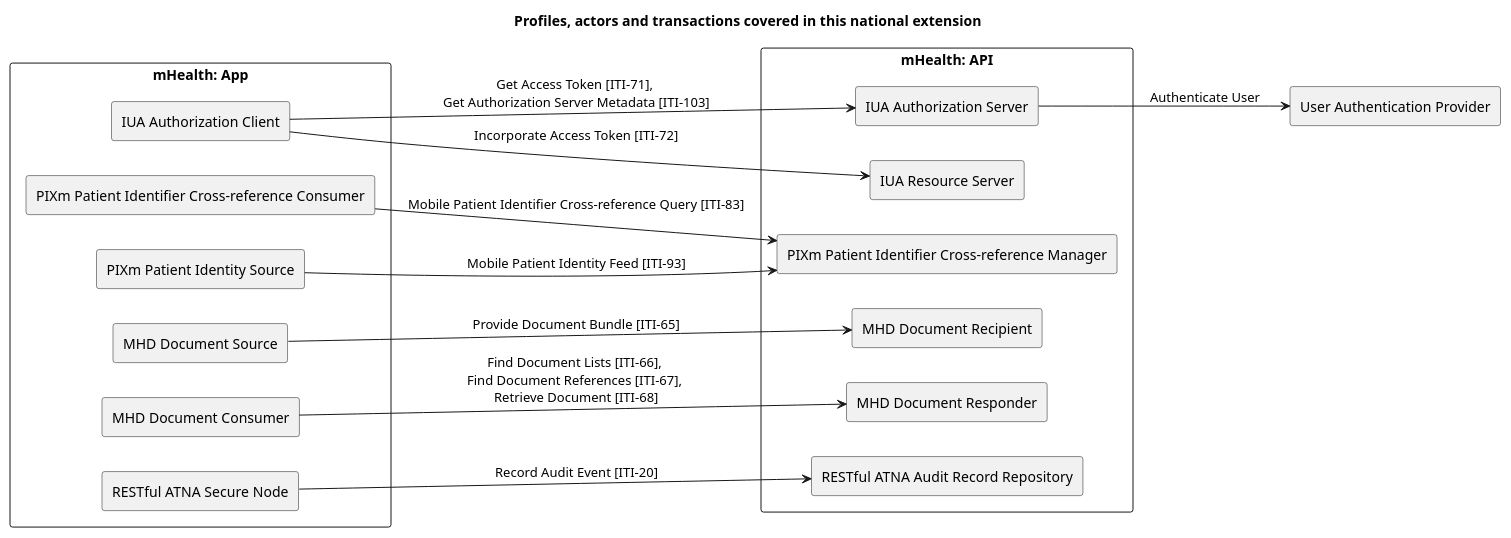
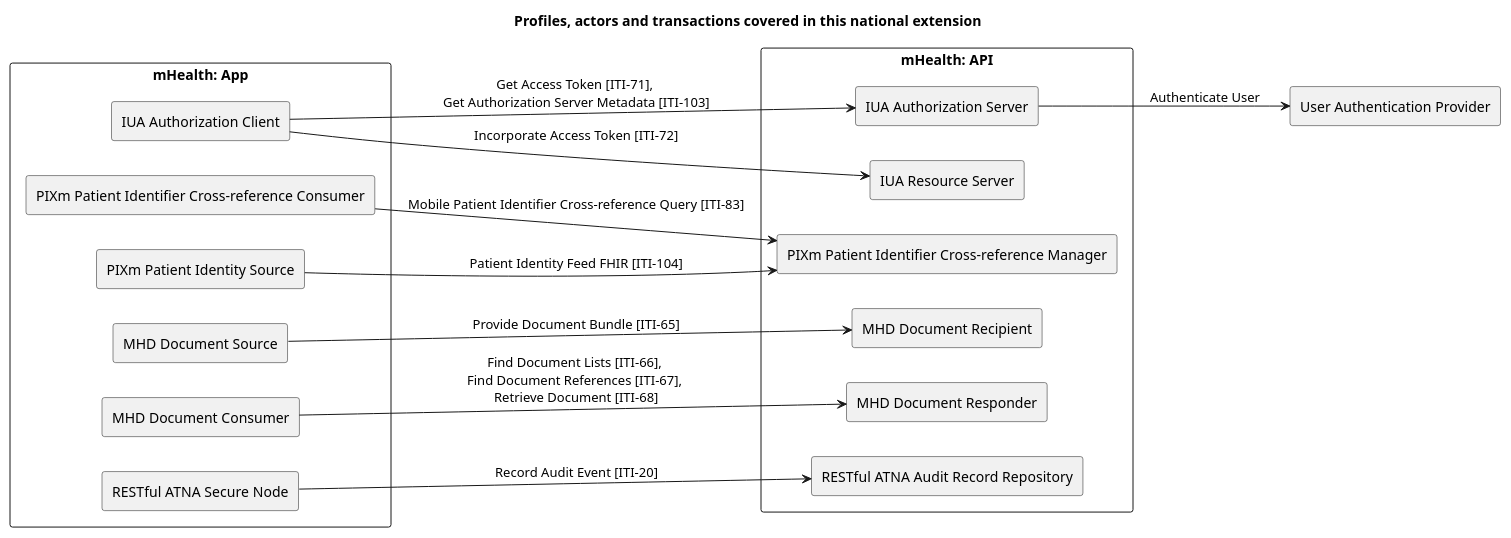
Before and after one commit to ehealthsuisse/ch-epr-fhir: the diagram in input/images-source/overview.plantuml, drawn with PlantUML. The commit also changed 31 other files, not shown here.

```diff
--- a/input/images-source/overview.plantuml
+++ b/input/images-source/overview.plantuml
@@ -1,45 +1,45 @@
 @startuml
 
 title **Profiles, actors and transactions covered in this national extension**
 
 skinparam componentStyle rectangle
 skinparam svgDimensionStyle false
 
 left to right direction
 
 component "mHealth: App" {
   [IUA Authorization Client] as IUAClient
 
   [PIXm Patient Identifier Cross-reference Consumer] as PIXmConsumer
   [PIXm Patient Identity Source] as PIXmSource
 
   [MHD Document Source] as MHDSource
   [MHD Document Consumer] as MHDConsumer
 
   [RESTful ATNA Secure Node] as ATNANode
 }
 
 component "mHealth: API" {
   [IUA Authorization Server] as IUAAuthServer
   IUAClient -> IUAAuthServer : Get Access Token [ITI-71], \nGet Authorization Server Metadata [ITI-103]
   [IUA Resource Server] as IUAResourceServer
   IUAClient --> IUAResourceServer : Incorporate Access Token [ITI-72]
 
   [PIXm Patient Identifier Cross-reference Manager] as PIXmManager
   PIXmConsumer --> PIXmManager : Mobile Patient Identifier Cross-reference Query [ITI-83]
-  PIXmSource --> PIXmManager : Mobile Patient Identity Feed [ITI-93]
+  PIXmSource --> PIXmManager : Patient Identity Feed FHIR [ITI-104]
 
   [MHD Document Recipient] as MHDRecipient
   MHDSource --> MHDRecipient : Provide Document Bundle [ITI-65]
 
   [MHD Document Responder] as MHDResponder
   MHDConsumer --> MHDResponder : Find Document Lists [ITI-66], \nFind Document References [ITI-67], \nRetrieve Document [ITI-68] 
 
   [RESTful ATNA Audit Record Repository] as ATNARepository
   ATNANode --> ATNARepository : Record Audit Event [ITI-20]
 }
 
 [User Authentication Provider] as UAProvider
 IUAAuthServer --> UAProvider : Authenticate User
 
 @enduml
```
